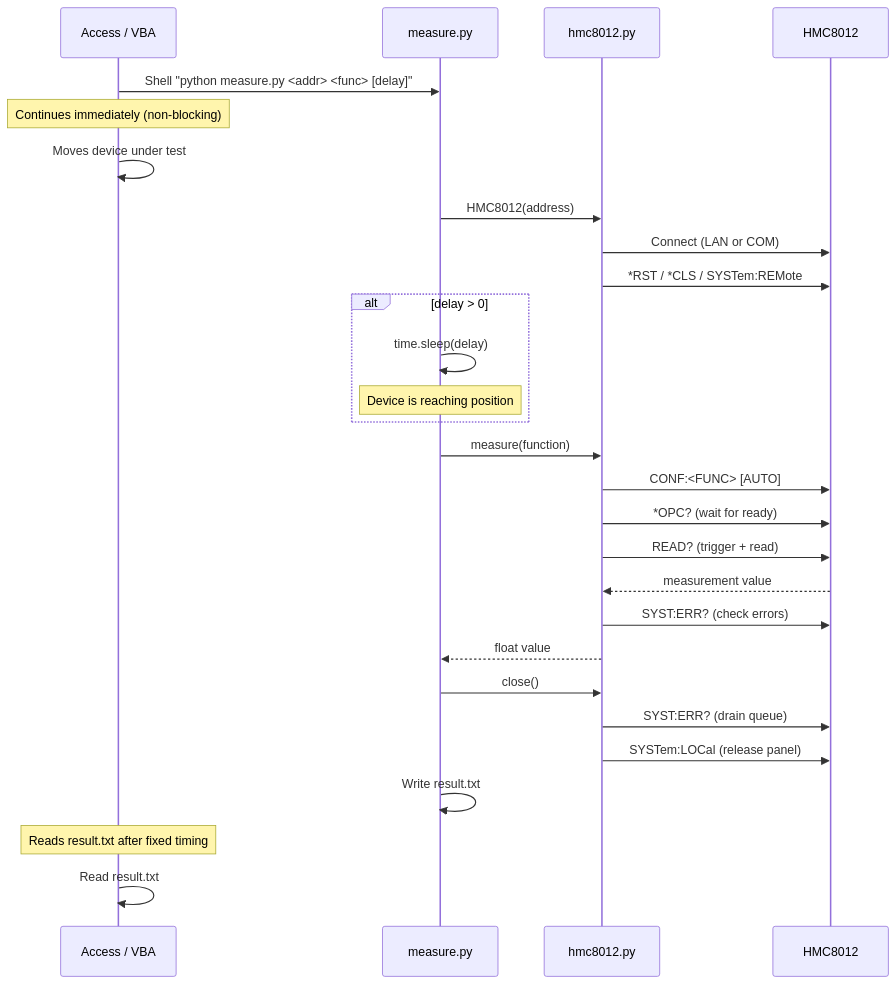
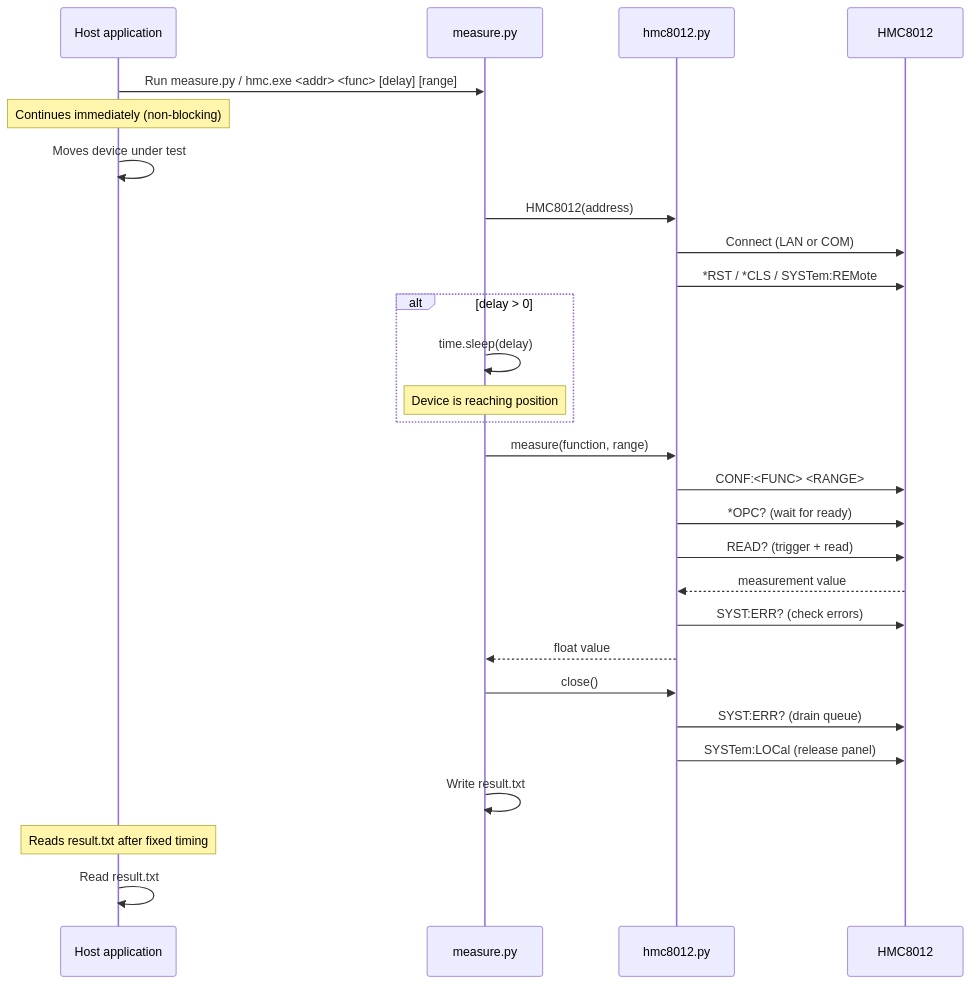
One commit to YarinCardillo/hmc8012-measure changed the first of 4 diagrams in README.md. Above: the diagram before and after it, drawn with Mermaid. The commit also changed other lines of this file and 4 other files, not shown here.

````diff
--- a/README.md
+++ b/README.md
@@ -11,36 +104,36 @@
 ```mermaid
 sequenceDiagram
-    participant VBA as Access / VBA
+    participant HOST as Host application
     participant PY as measure.py
     participant DRV as hmc8012.py
     participant DMM as HMC8012
 
-    VBA->>PY: Shell "python measure.py <addr> <func> [delay]"
-    Note over VBA: Continues immediately (non-blocking)
-    VBA->>VBA: Moves device under test
+    HOST->>PY: Run measure.py / hmc.exe <addr> <func> [delay] [range]
+    Note over HOST: Continues immediately (non-blocking)
+    HOST->>HOST: Moves device under test
 
     PY->>DRV: HMC8012(address)
     DRV->>DMM: Connect (LAN or COM)
     DRV->>DMM: *RST / *CLS / SYSTem:REMote
 
     alt delay > 0
         PY->>PY: time.sleep(delay)
         Note over PY: Device is reaching position
     end
 
-    PY->>DRV: measure(function)
-    DRV->>DMM: CONF:<FUNC> [AUTO]
+    PY->>DRV: measure(function, range)
+    DRV->>DMM: CONF:<FUNC> <RANGE>
     DRV->>DMM: *OPC? (wait for ready)
     DRV->>DMM: READ? (trigger + read)
     DMM-->>DRV: measurement value
     DRV->>DMM: SYST:ERR? (check errors)
     DRV-->>PY: float value
 
     PY->>DRV: close()
     DRV->>DMM: SYST:ERR? (drain queue)
     DRV->>DMM: SYSTem:LOCal (release panel)
 
     PY->>PY: Write result.txt
-    Note over VBA: Reads result.txt after fixed timing
-    VBA->>VBA: Read result.txt
+    Note over HOST: Reads result.txt after fixed timing
+    HOST->>HOST: Read result.txt
 ```
````
